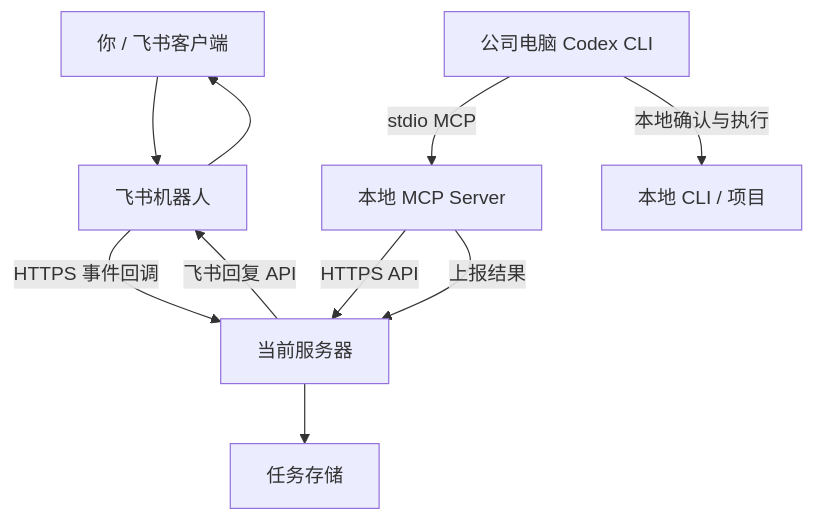
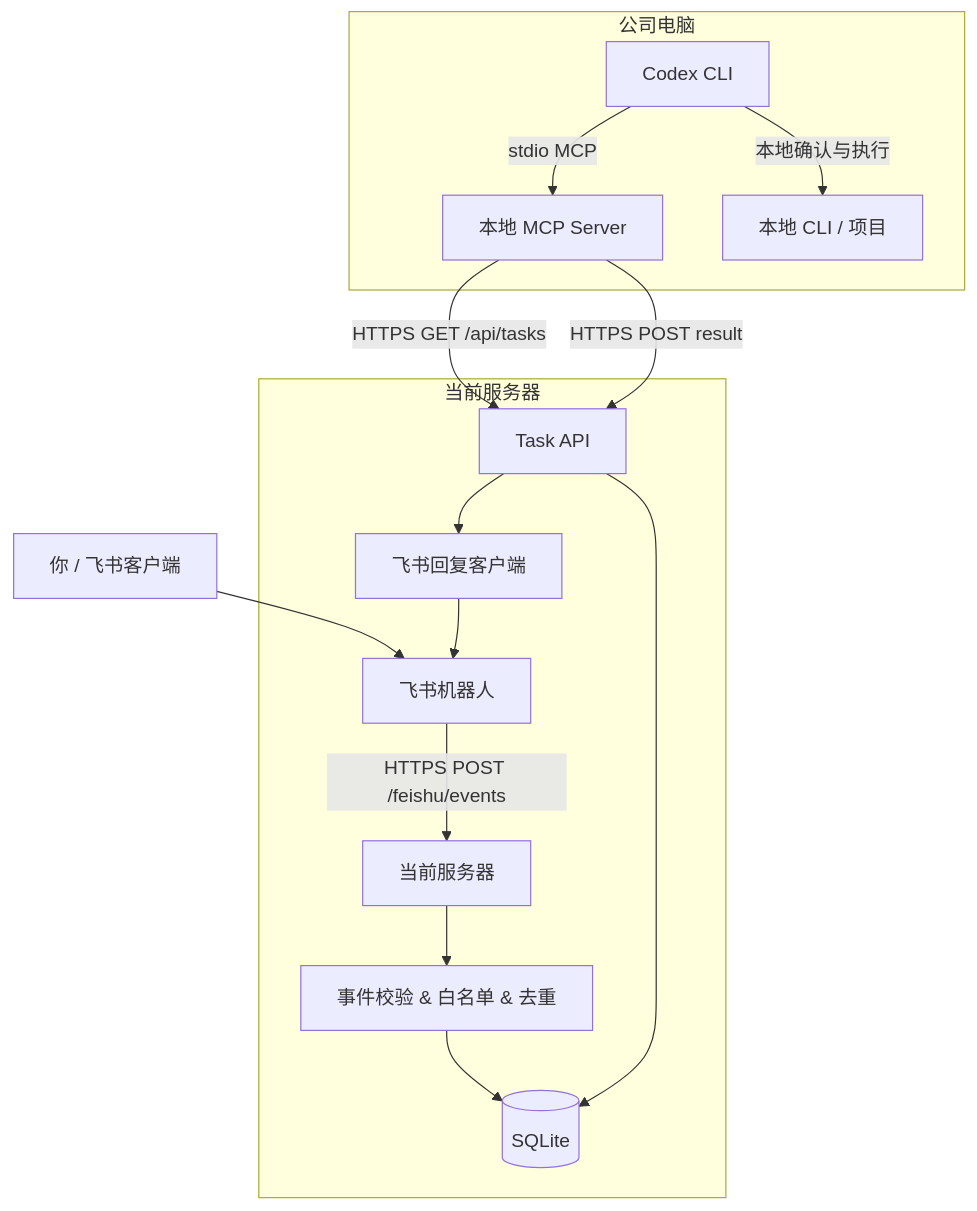
One commit to Bigheadh/harness-remote changed the first of 2 diagrams in README.md. Above: the diagram before and after it, drawn with Mermaid. The commit also changed other lines of this file and 1 other file, not shown here.

Commit message:
docs: update README with working quick start, API reference, and deployment guide

````diff
--- a/README.md
+++ b/README.md
@@ -60,13 +37,21 @@
 ```mermaid
 flowchart TD
     U[你 / 飞书客户端] --> F[飞书机器人]
-    F -->|HTTPS 事件回调| S[当前服务器]
-    S --> T[任务存储]
+    F -->|HTTPS POST /feishu/events| S[当前服务器]
 
-    C[公司电脑 Codex CLI] -->|stdio MCP| M[本地 MCP Server]
-    M -->|HTTPS API| S
-    C -->|本地确认与执行| L[本地 CLI / 项目]
-    M -->|上报结果| S
-    S -->|飞书回复 API| F
-    F --> U
+    subgraph Server[当前服务器]
+        S --> Auth[事件校验 & 白名单 & 去重]
+        Auth --> Store[(SQLite)]
+        API[Task API] --> Store
+        Reply[飞书回复客户端] --> F
+    end
+
+    subgraph CompanyPC[公司电脑]
+        C[Codex CLI] -->|stdio MCP| M[本地 MCP Server]
+        C -->|本地确认与执行| L[本地 CLI / 项目]
+    end
+
+    M -->|HTTPS GET /api/tasks| API
+    M -->|HTTPS POST result| API
+    API --> Reply
 ```
````
